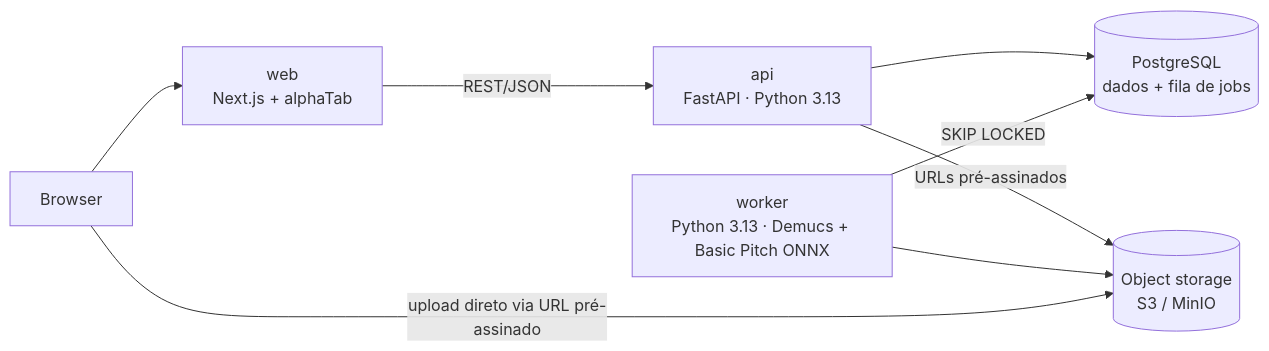
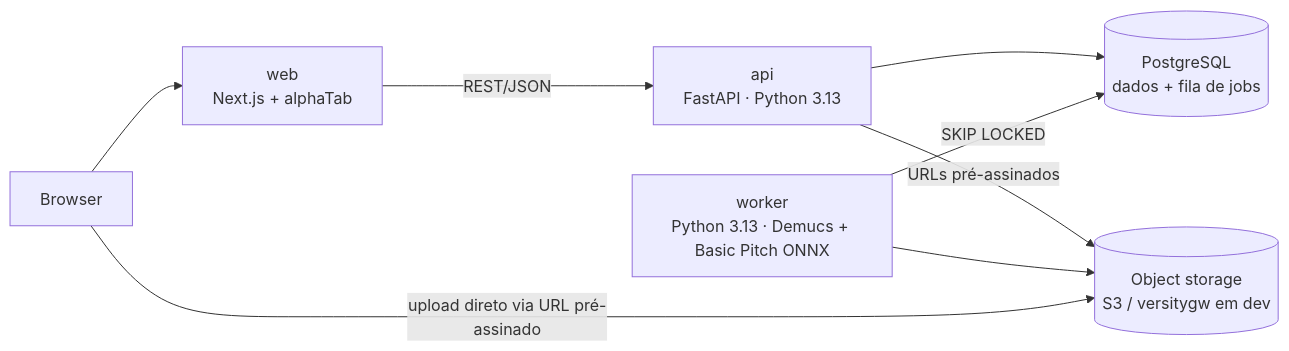
Before and after one commit to F100Pilot/tabforge: the second of 4 diagrams in docs/architecture.md, drawn with Mermaid. The commit also changed other lines of this file and 1 other file, not shown here.

````diff
--- a/docs/architecture.md
+++ b/docs/architecture.md
@@ -16,10 +16,10 @@
 ```mermaid
 flowchart LR
   U[Browser] --> W[web<br/>Next.js + alphaTab]
   W -->|REST/JSON| A[api<br/>FastAPI · Python 3.13]
   A --> DB[(PostgreSQL<br/>dados + fila de jobs)]
-  A -->|URLs pré-assinados| S3[(Object storage<br/>S3 / MinIO)]
+  A -->|URLs pré-assinados| S3[(Object storage<br/>S3 / versitygw em dev)]
   K[worker<br/>Python 3.13 · Demucs + Basic Pitch ONNX] -->|SKIP LOCKED| DB
   K --> S3
   U -->|upload direto via URL pré-assinado| S3
 ```
````
